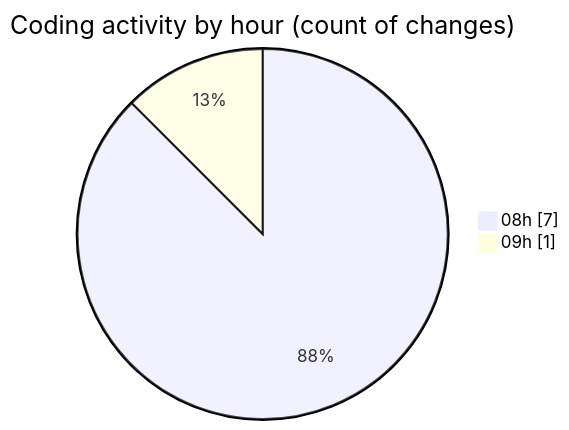
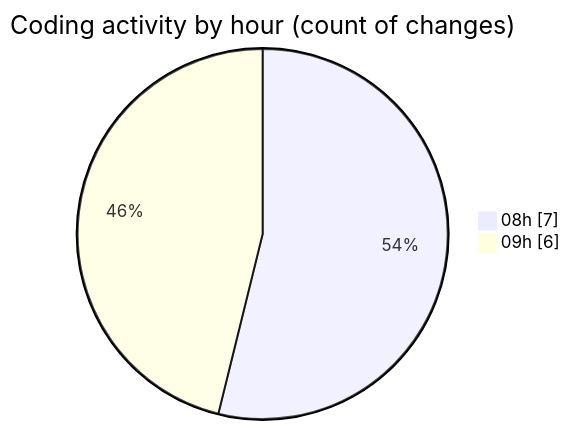
Before and after one commit to momahboobian/code-tracking: the second of 2 diagrams in 2026-09-04/cda/README.md, drawn with Mermaid. The commit also changed other lines of this file and 1 other file, not shown here.

````diff
--- a/2026-09-04/cda/README.md
+++ b/2026-09-04/cda/README.md
@@ -29,6 +29,6 @@
 ```mermaid
 pie showData
 title Coding activity by hour (count of changes)
 "08h" : 7
-"09h" : 1
+"09h" : 6
 ```
````
